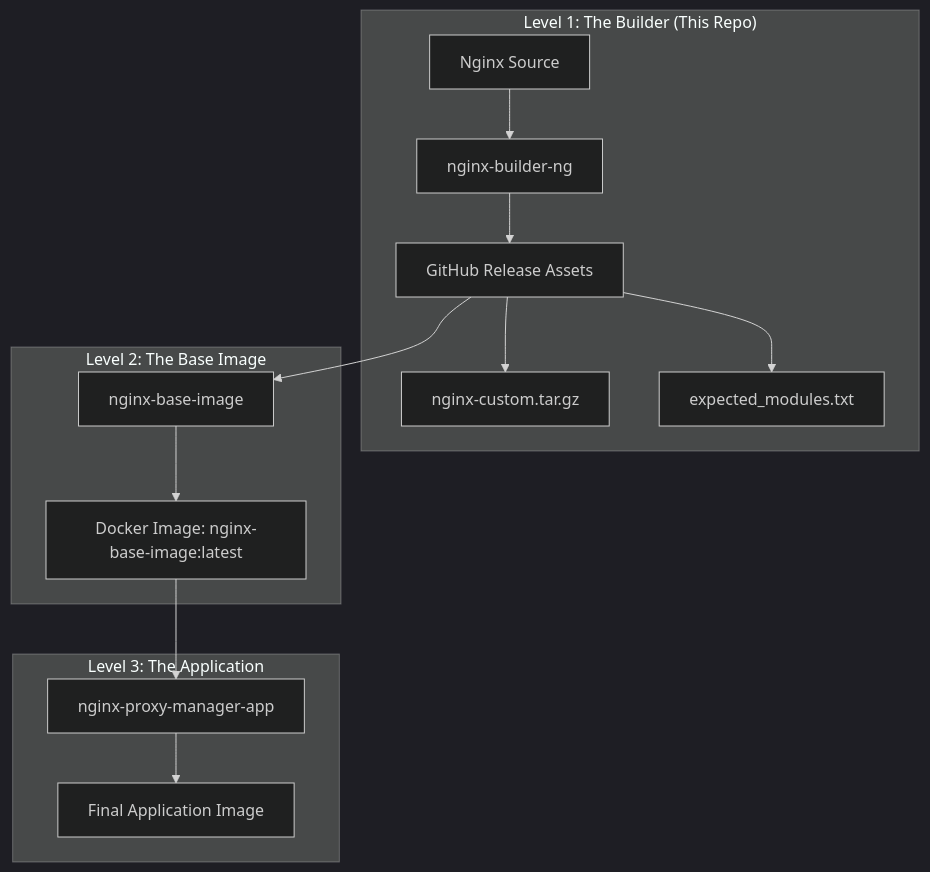
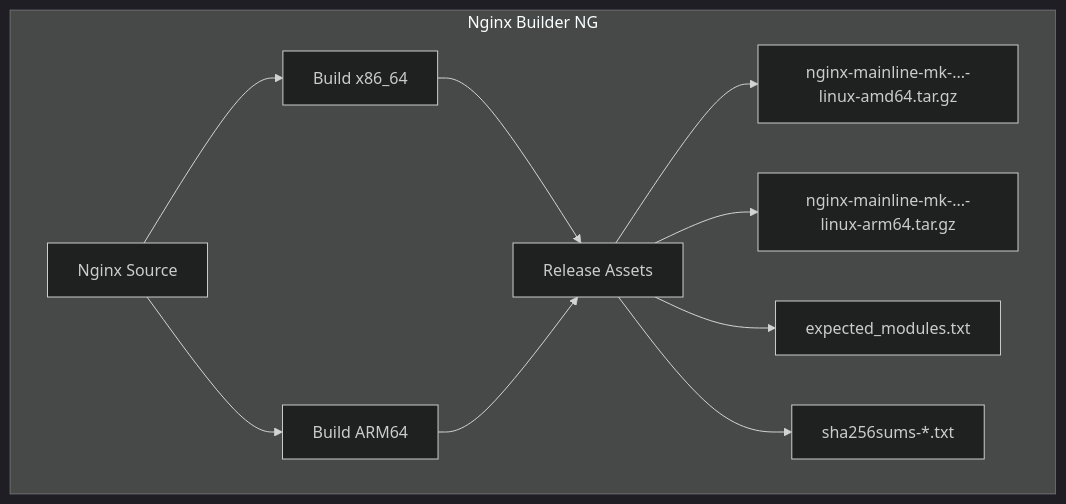
The diagram in README.md (markd3ng/nginx-builder-ng), drawn with Mermaid (dark theme) before and after one commit. The commit also changed other lines of this file, not shown here.

Commit message:
docs: correct release asset filenames and simplify arch diagram

````diff
--- a/README.md
+++ b/README.md
@@ -47,19 +45,15 @@
 ```mermaid
 graph TD
-    subgraph "Level 1: The Builder (This Repo)"
-        Code[Nginx Source] --> Build[nginx-builder-ng]
-        Build --> Assets[GitHub Release Assets]
-        Assets --> Tar[nginx-custom.tar.gz]
+    subgraph "Nginx Builder NG"
+        Code[Nginx Source] --> Build_x86[Build x86_64]
+        Code --> Build_ARM[Build ARM64]
+        
+        Build_x86 --> Assets[Release Assets]
+        Build_ARM --> Assets
+        
+        Assets --> TarX86[nginx-mainline-mk-...-linux-amd64.tar.gz]
+        Assets --> TarARM[nginx-mainline-mk-...-linux-arm64.tar.gz]
         Assets --> ModList[expected_modules.txt]
-    end
-
-    subgraph "Level 2: The Base Image"
-        Assets --> Base[nginx-base-image]
-        Base --> DockerBase[Docker Image: nginx-base-image:latest]
-    end
-
-    subgraph "Level 3: The Application"
-        DockerBase --> App[nginx-proxy-manager-app]
-        App --> Final[Final Application Image]
+        Assets --> Checksums[sha256sums-*.txt]
     end
 ```
````
